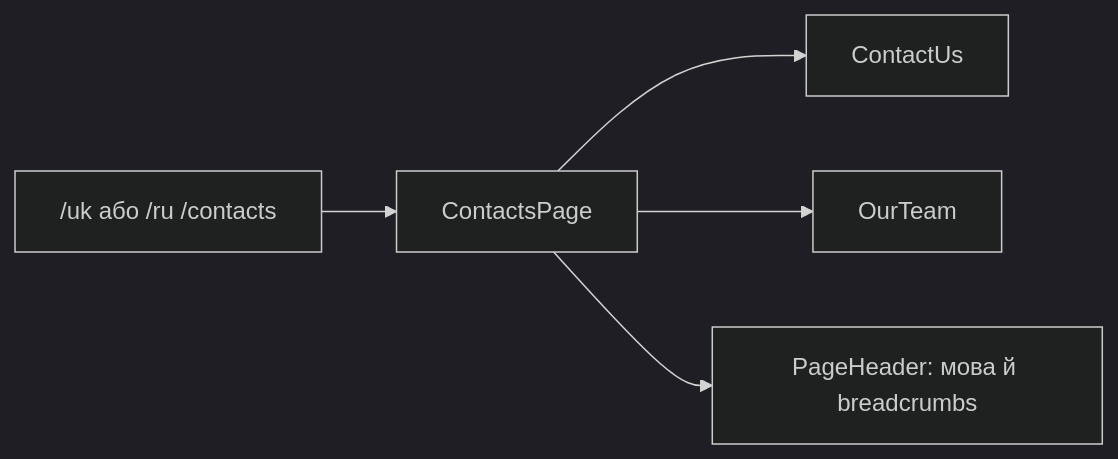
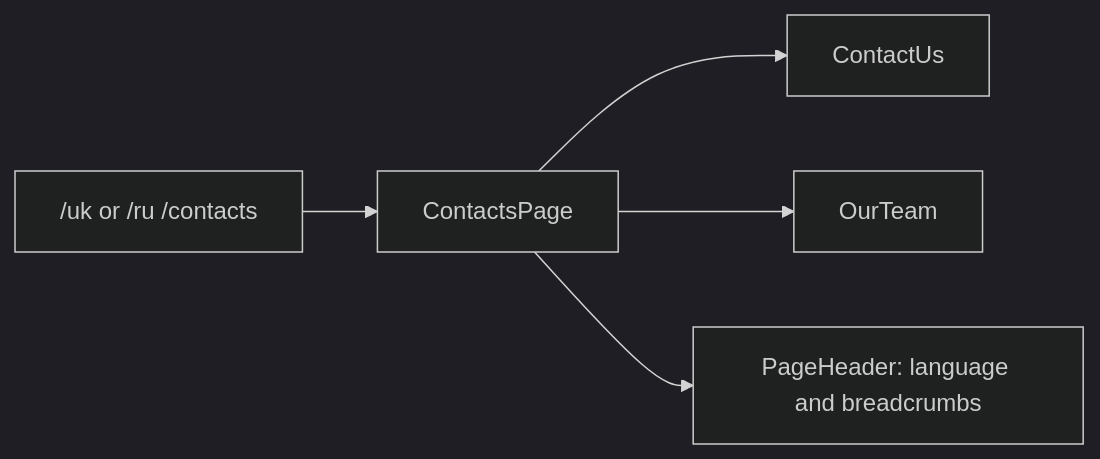
Before and after one commit to Weretik/brevi-web: the diagram in docs/features/storefront/information/contacts.md, drawn with Mermaid (dark theme). The commit also changed other lines of this file and 52 other files, not shown here.

Commit message:
docs(frontend): reconcile architecture and feature guidance

````diff
--- a/docs/features/storefront/information/contacts.md
+++ b/docs/features/storefront/information/contacts.md
@@ -9,7 +13,7 @@
 ```mermaid
 flowchart LR
-  Route["/uk або /ru /contacts"] --> Page["ContactsPage"]
+  Route["/uk or /ru /contacts"] --> Page["ContactsPage"]
   Page --> Contact["ContactUs"]
   Page --> Team["OurTeam"]
-  Page --> Header["PageHeader: мова й breadcrumbs"]
+  Page --> Header["PageHeader: language and breadcrumbs"]
 ```
````
